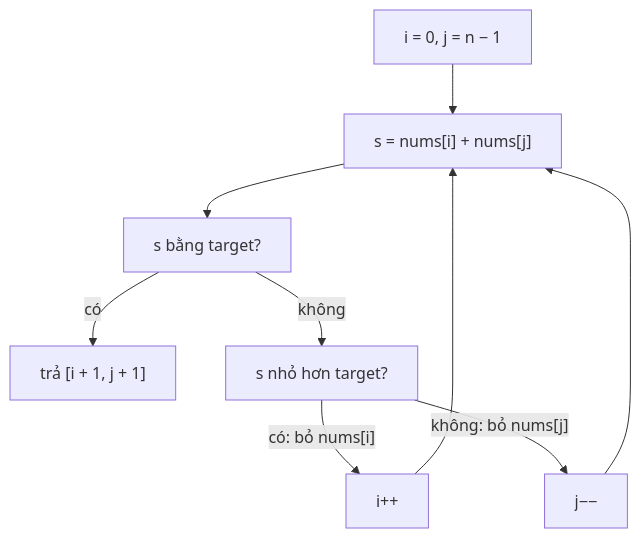
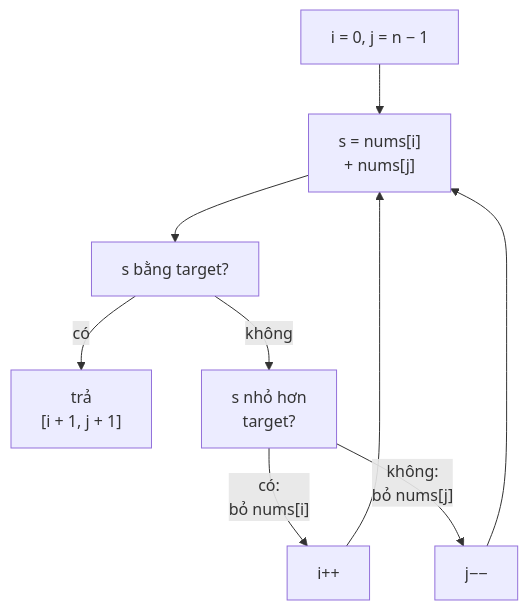
Before and after one commit to duongbui234/software-engineering-atlas: the diagram in content/problems/two-sum-ii-input-array-is-sorted.md, drawn with Mermaid. The commit also changed 134 other files, not shown here.

First line of the commit message:
Fit every Mermaid diagram at 390px without sideways scroll (#56)

````diff
--- a/content/problems/two-sum-ii-input-array-is-sorted.md
+++ b/content/problems/two-sum-ii-input-array-is-sorted.md
@@ -45,9 +45,9 @@
 ```mermaid
 flowchart TB
-  A["i = 0, j = n − 1"] --> B["s = nums[i] + nums[j]"]
+  A["i = 0, j = n − 1"] --> B["s = nums[i]<br/>+ nums[j]"]
   B --> C["s bằng target?"]
-  C -->|"có"| D["trả [i + 1, j + 1]"]
-  C -->|"không"| E["s nhỏ hơn target?"]
-  E -->|"có: bỏ nums[i]"| F["i++"] --> B
-  E -->|"không: bỏ nums[j]"| G["j−−"] --> B
+  C -->|"có"| D["trả<br/>[i + 1, j + 1]"]
+  C -->|"không"| E["s nhỏ hơn<br/>target?"]
+  E -->|"có:<br/>bỏ nums[i]"| F["i++"] --> B
+  E -->|"không:<br/>bỏ nums[j]"| G["j−−"] --> B
 ```
````
